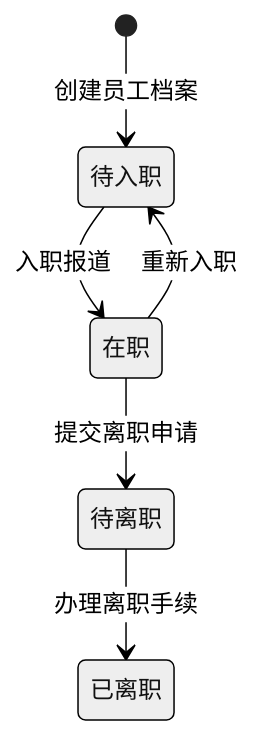
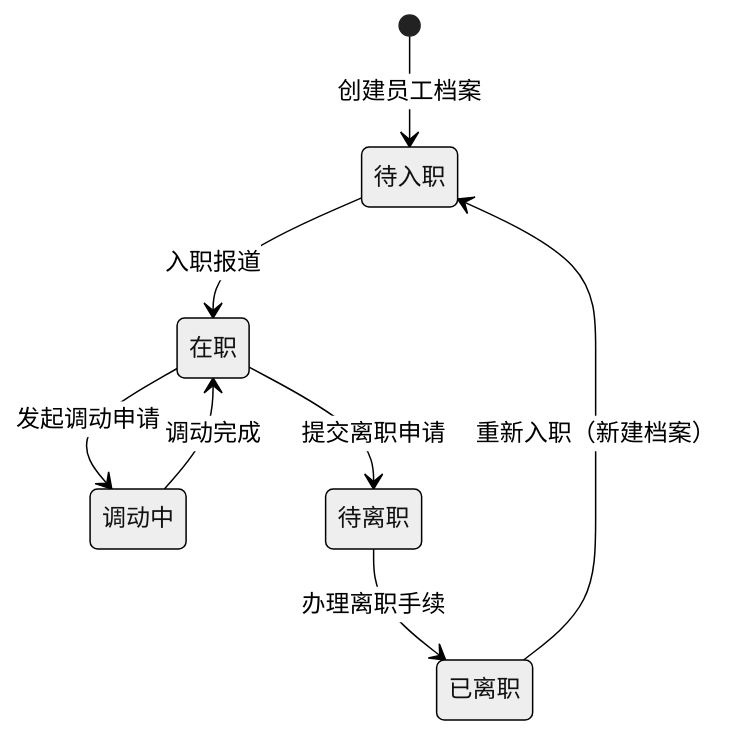
Before and after one commit to zhaoxin34/matrix: the second of 2 diagrams in neo/design/docs/product/组织管理设计.md, drawn with Mermaid (neutral theme). The commit also changed other lines of this file and 1 other file, not shown here.

````diff
--- a/neo/design/docs/product/组织管理设计.md
+++ b/neo/design/docs/product/组织管理设计.md
@@ -135,8 +178,10 @@
 ```mermaid
 stateDiagram-v2
     [*] --> 待入职: 创建员工档案
     待入职 --> 在职: 入职报道
+    在职 --> 调动中: 发起调动申请
+    调动中 --> 在职: 调动完成
     在职 --> 待离职: 提交离职申请
     待离职 --> 已离职: 办理离职手续
-    在职 --> 待入职: 重新入职
+    已离职 --> 待入职: 重新入职（新建档案）
 ```
````
